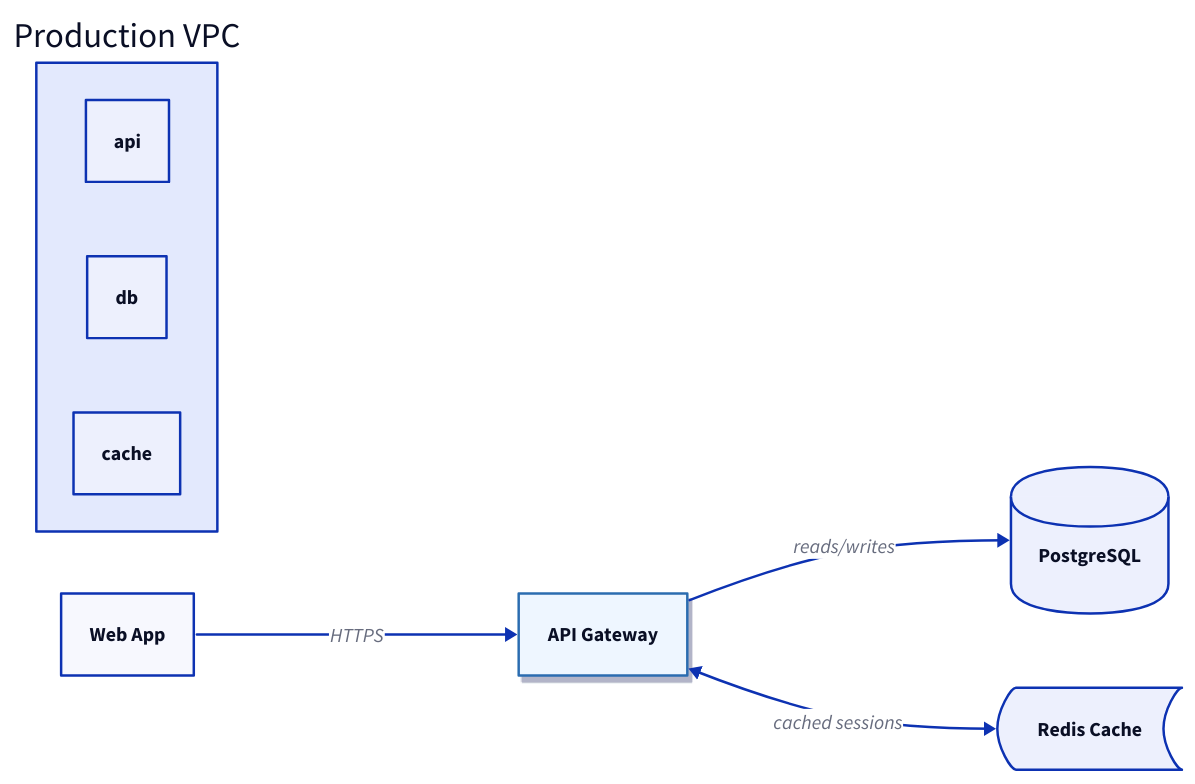
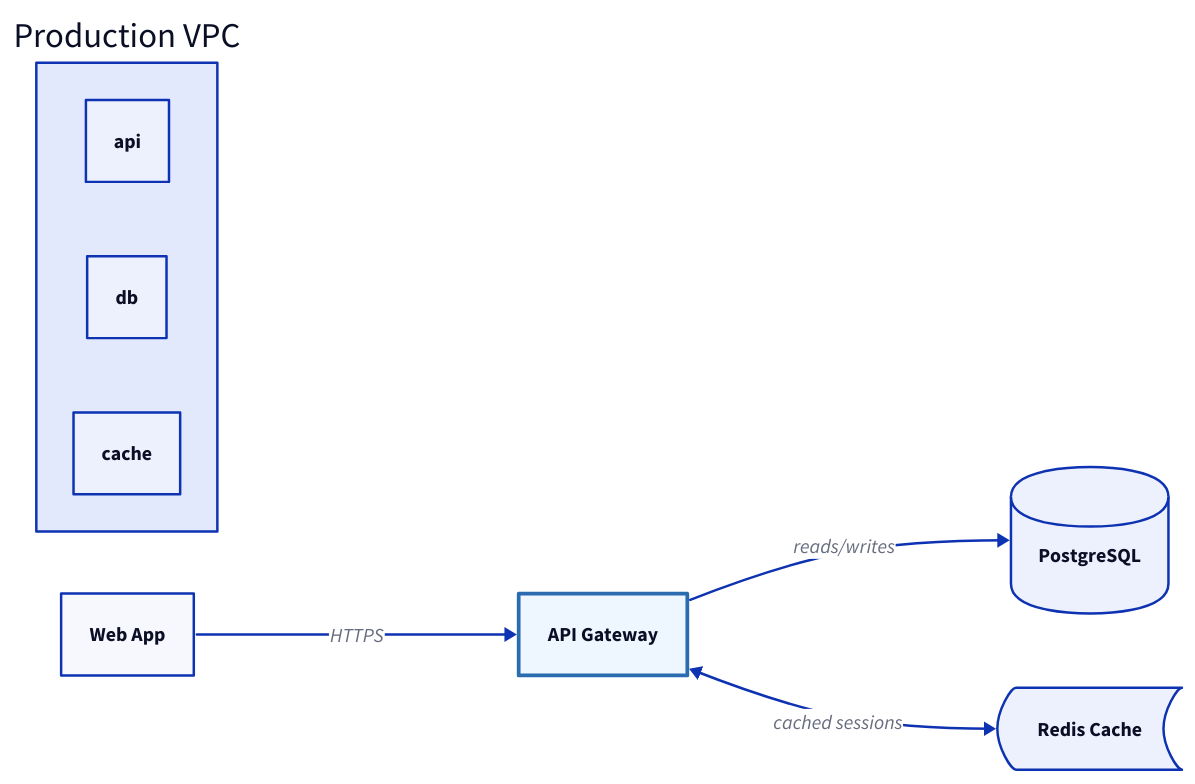
The second of 5 diagrams in SKILL.md (jrajasekera/d2-diagrams), drawn with D2 before and after one commit. The commit also changed other lines of this file and 71 other files, not shown here.

````diff
--- a/SKILL.md
+++ b/SKILL.md
@@ -29,34 +115,33 @@
 ```d2
 # Direction is a layout hint: up, down, left, right
 direction: right
 
 # Stable IDs with human labels
 api: API Gateway
 web: Web App
 db: PostgreSQL
 cache: Redis Cache
 
 # Shape attributes
-web.shape: rectangle
 db.shape: cylinder
 cache.shape: stored_data
 
 # Four connection operators: --, ->, <-, <->
 web -> api: HTTPS
 api -> db: reads/writes
 api <-> cache: cached sessions
 
 # Containers group related shapes
 cloud: Production VPC {
   api
   db
   cache
 }
 
 # Styling is nested under style
 api.style: {
   fill: "#eef6ff"
   stroke: "#2b6cb0"
-  shadow: true
+  stroke-width: 3
 }
 ```
````
